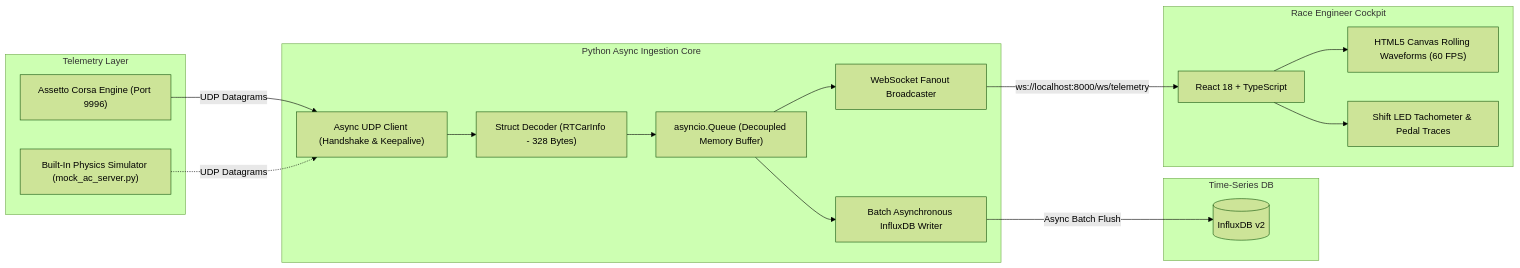
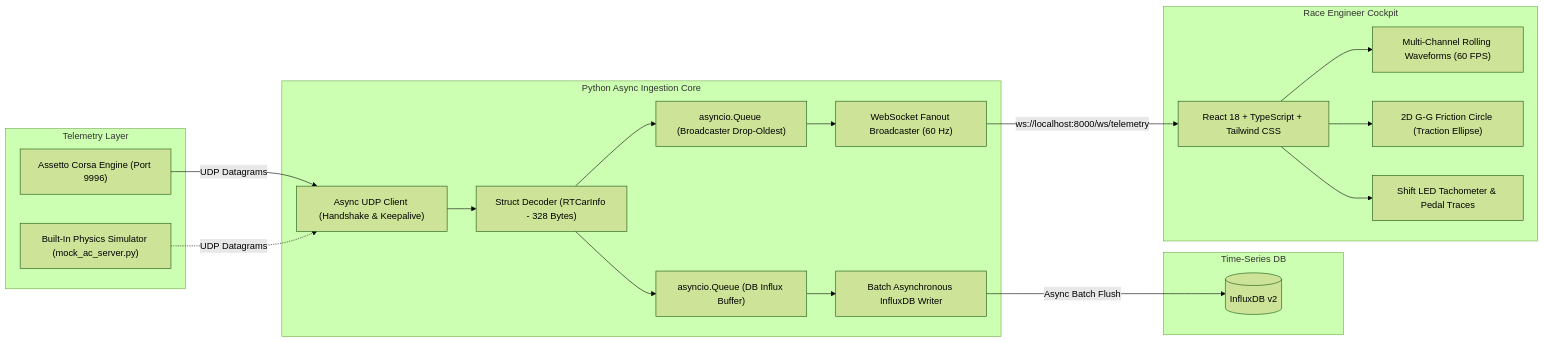
The diagram in README.md (MrDoor1234/assetto-corsa-telemetry), drawn with Mermaid (forest theme) before and after one commit. The commit also changed other lines of this file and 17 other files, not shown here.

Commit message:
feat(telemetry): implement full cockpit enhancements, performance optimizations, and fix Tailwind CSS toolchain

````diff
--- a/README.md
+++ b/README.md
@@ -16,36 +16,40 @@
 ```mermaid
 flowchart LR
     subgraph Data_Source ["Telemetry Layer"]
         AC["Assetto Corsa Engine (Port 9996)"]
         Simulator["Built-In Physics Simulator (mock_ac_server.py)"]
     end
 
     subgraph Ingestion_Hub ["Python Async Ingestion Core"]
         UDP["Async UDP Client (Handshake & Keepalive)"]
         Unpack["Struct Decoder (RTCarInfo - 328 Bytes)"]
-        Queue["asyncio.Queue (Decoupled Memory Buffer)"]
-        WS_Broadcaster["WebSocket Fanout Broadcaster"]
+        WS_Queue["asyncio.Queue (Broadcaster Drop-Oldest)"]
+        DB_Queue["asyncio.Queue (DB Influx Buffer)"]
+        WS_Broadcaster["WebSocket Fanout Broadcaster (60 Hz)"]
         DB_Worker["Batch Asynchronous InfluxDB Writer"]
     end
 
     subgraph Storage ["Time-Series DB"]
         Influx[("InfluxDB v2")]
     end
 
     subgraph Visualization ["Race Engineer Cockpit"]
-        UI["React 18 + TypeScript"]
-        Canvas["HTML5 Canvas Rolling Waveforms (60 FPS)"]
+        UI["React 18 + TypeScript + Tailwind CSS"]
+        Canvas["Multi-Channel Rolling Waveforms (60 FPS)"]
+        GG["2D G-G Friction Circle (Traction Ellipse)"]
         Dash["Shift LED Tachometer & Pedal Traces"]
     end
 
     AC -- "UDP Datagrams" --> UDP
     Simulator -. "UDP Datagrams" .-> UDP
     UDP --> Unpack
-    Unpack --> Queue
-    Queue --> WS_Broadcaster
-    Queue --> DB_Worker
+    Unpack --> WS_Queue
+    Unpack --> DB_Queue
+    WS_Queue --> WS_Broadcaster
+    DB_Queue --> DB_Worker
     DB_Worker -- "Async Batch Flush" --> Influx
     WS_Broadcaster -- "ws://localhost:8000/ws/telemetry" --> UI
     UI --> Canvas
+    UI --> GG
     UI --> Dash
 ```
````
